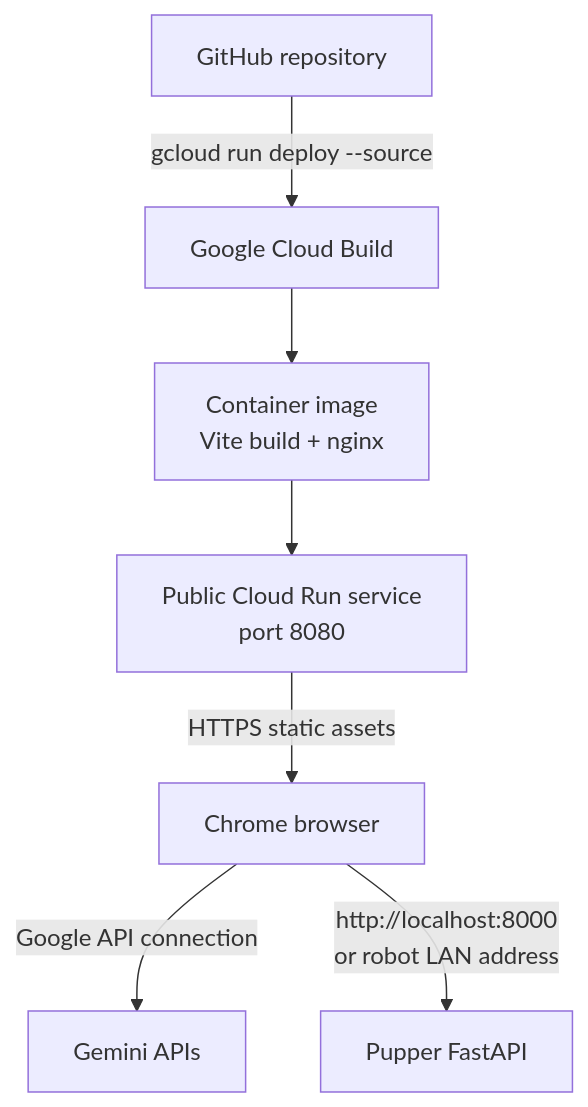
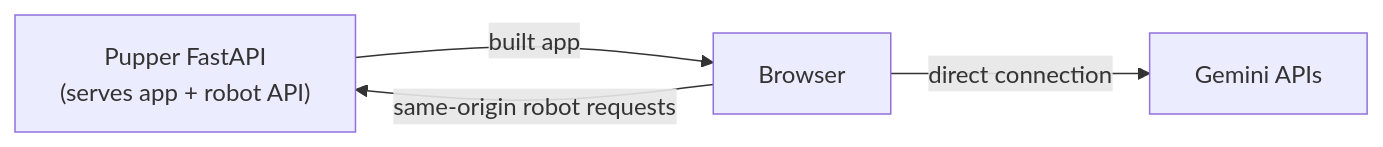
The fourth of 4 diagrams in gemini_pupper/docs/architecture.md (ShrishPremkrishna/mts_123), drawn with Mermaid before and after one commit. The commit also changed other lines of this file and 13 other files, not shown here.

````diff
--- a/gemini_pupper/docs/architecture.md
+++ b/gemini_pupper/docs/architecture.md
@@ -247,10 +248,6 @@
 ```mermaid
-flowchart TB
-    Source["GitHub repository"] -->|gcloud run deploy --source| Build["Google Cloud Build"]
-    Build --> Image["Container image<br/>Vite build + nginx"]
-    Image --> Run["Public Cloud Run service<br/>port 8080"]
-    Run -->|HTTPS static assets| Browser["Chrome browser"]
-
-    Browser -->|Google API connection| Gemini["Gemini APIs"]
-    Browser -->|http://localhost:8000<br/>or robot LAN address| Robot["Pupper FastAPI"]
+flowchart LR
+    API["Pupper FastAPI<br/>(serves app + robot API)"] -->|built app| Browser["Browser"]
+    Browser -->|same-origin robot requests| API
+    Browser -->|direct connection| Gemini["Gemini APIs"]
 ```
````
